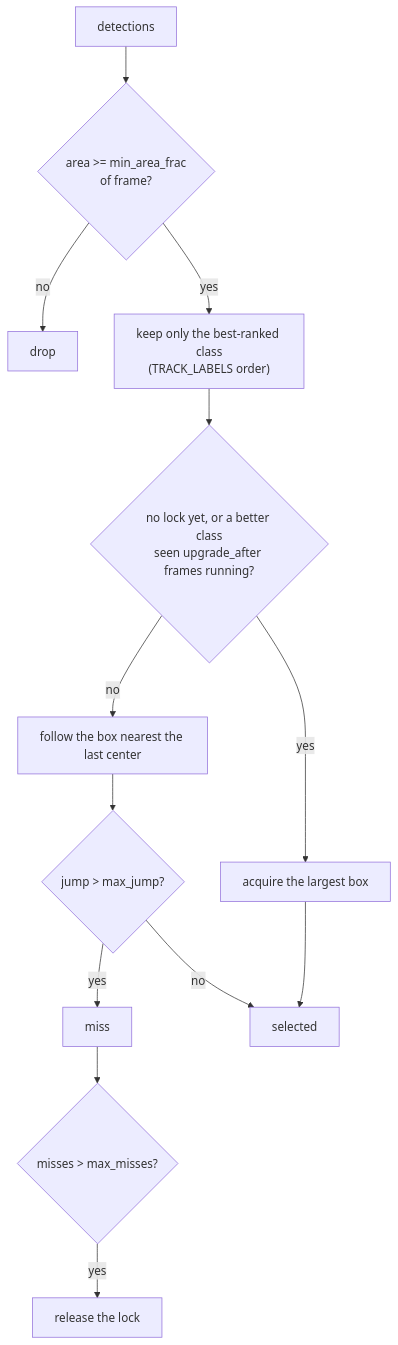
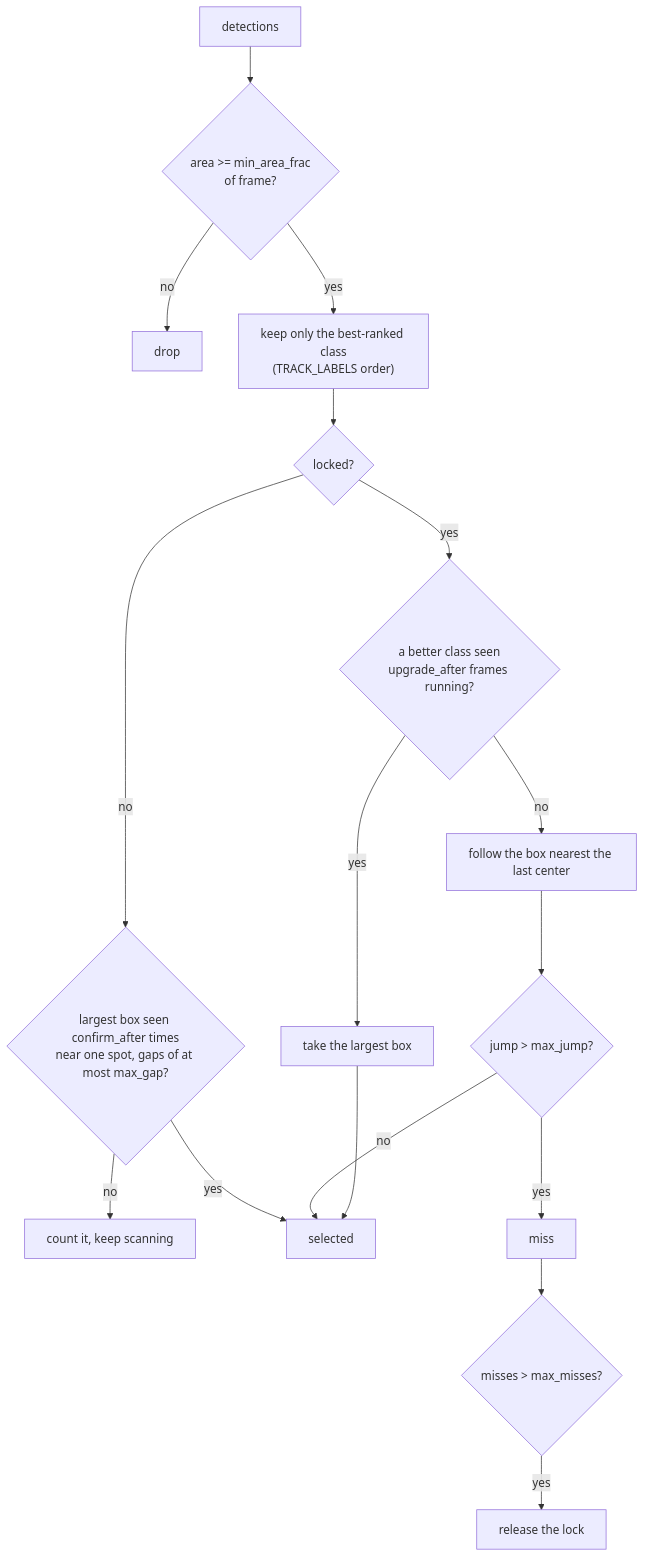
One commit to belambert/reachy-gaze changed the tenth of 12 diagrams in arch.md. Above: the diagram before and after it, drawn with Mermaid. The commit also changed other lines of this file and 4 other files, not shown here.

Commit message:
feat: confirm a target over several frames before locking on (#15)

````diff
--- a/arch.md
+++ b/arch.md
@@ -367,15 +367,19 @@
 ```mermaid
 flowchart TD
     A["detections"] --> B{"area >= min_area_frac<br/>of frame?"}
     B -- no --> X["drop"]
     B -- yes --> R["keep only the best-ranked class<br/>(TRACK_LABELS order)"]
-    R --> Q{"no lock yet, or a better class<br/>seen upgrade_after frames running?"}
-    Q -- yes --> Big["acquire the largest box"]
+    R --> L{"locked?"}
+    L -- no --> C{"largest box seen confirm_after times<br/>near one spot, gaps of at most max_gap?"}
+    C -- no --> W["count it, keep scanning"]
+    C -- yes --> OK
+    L -- yes --> Q{"a better class seen<br/>upgrade_after frames running?"}
+    Q -- yes --> Big["take the largest box"]
     Q -- no --> Near["follow the box nearest the last center"]
     Near --> J{"jump > max_jump?"}
     J -- yes --> M["miss"]
     J -- no --> OK["selected"]
     Big --> OK
     M --> MM{"misses > max_misses?"}
     MM -- yes --> Drop["release the lock"]
 ```
````
